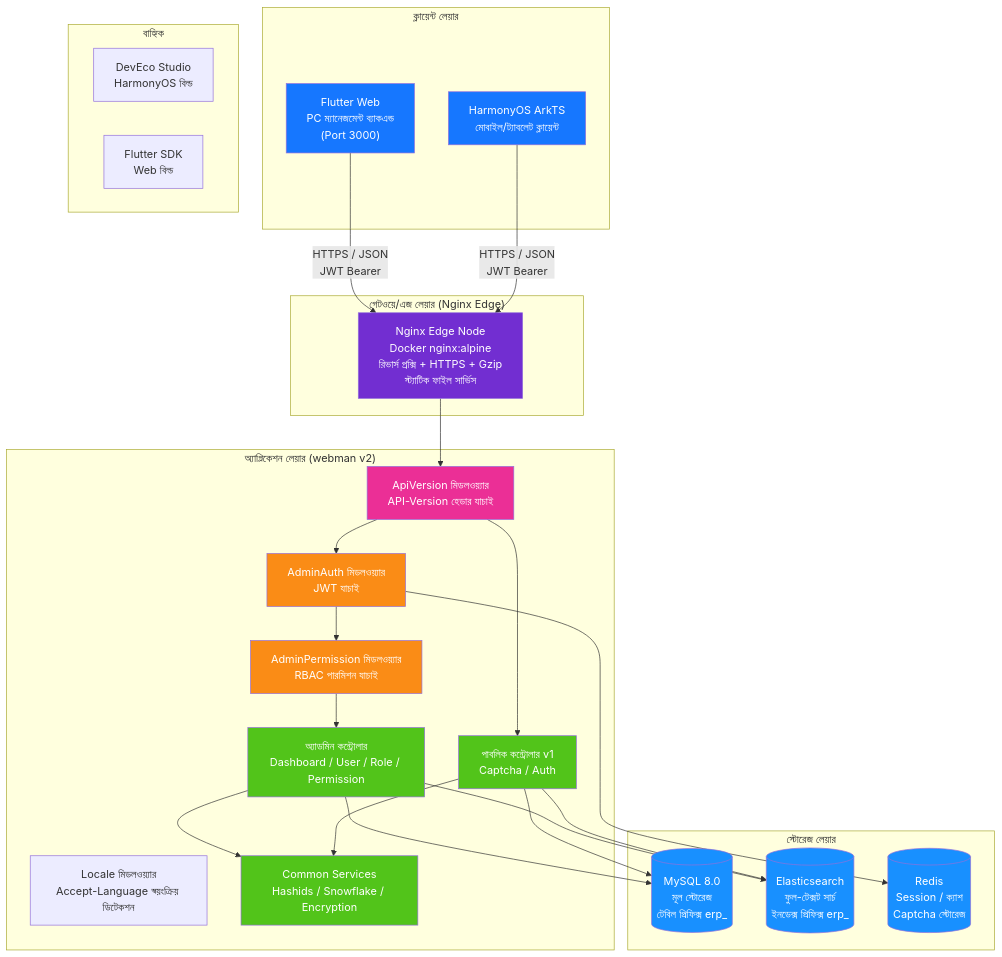
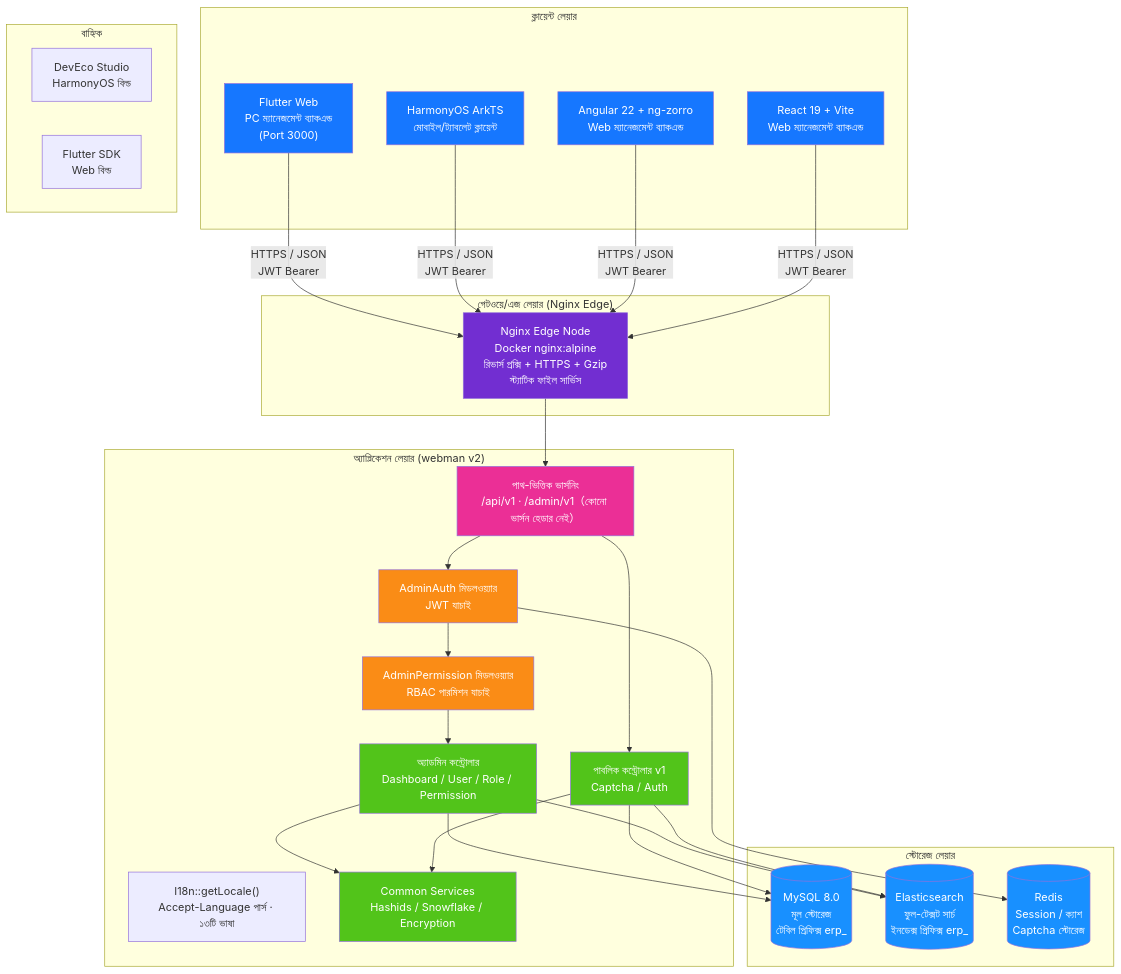
The first of 20 diagrams in docs/i18n/bn/ARCHITECTURE.md (erikwang2013/erp-php), drawn with Mermaid before and after one commit. The commit also changed other lines of this file and 325 other files, not shown here.

````diff
--- a/docs/i18n/bn/ARCHITECTURE.md
+++ b/docs/i18n/bn/ARCHITECTURE.md
@@ -11,60 +11,66 @@
 ```mermaid
 flowchart TB
     subgraph "ক্লায়েন্ট লেয়ার"
         A1["Flutter Web<br/>PC ম্যানেজমেন্ট ব্যাকএন্ড<br/>(Port 3000)"]
         A2["HarmonyOS ArkTS<br/>মোবাইল/ট্যাবলেট ক্লায়েন্ট"]
+        A3["Angular 22 + ng-zorro<br/>Web ম্যানেজমেন্ট ব্যাকএন্ড"]
+        A4["React 19 + Vite<br/>Web ম্যানেজমেন্ট ব্যাকএন্ড"]
     end
 
     subgraph "গেটওয়ে/এজ লেয়ার (Nginx Edge)"
         B1["Nginx Edge Node<br/>Docker nginx:alpine<br/>রিভার্স প্রক্সি + HTTPS + Gzip<br/>স্ট্যাটিক ফাইল সার্ভিস"]
     end
 
     subgraph "অ্যাপ্লিকেশন লেয়ার (webman v2)"
-        C_LOC["Locale মিডলওয়্যার<br/>Accept-Language স্বয়ংক্রিয় ডিটেকশন"]
-        C0["ApiVersion মিডলওয়্যার<br/>API-Version হেডার যাচাই"]
+        C_LOC["I18n::getLocale()<br/>Accept-Language পার্স · ১৩টি ভাষা"]
+        C0["পাথ-ভিত্তিক ভার্সনিং<br/>/api/v1 · /admin/v1（কোনো ভার্সন হেডার নেই）"]
         C1["AdminAuth মিডলওয়্যার<br/>JWT যাচাই"]
         C2["AdminPermission মিডলওয়্যার<br/>RBAC পারমিশন যাচাই"]
         C3["অ্যাডমিন কন্ট্রোলার<br/>Dashboard / User / Role / Permission"]
         C4["পাবলিক কন্ট্রোলার v1<br/>Captcha / Auth"]
         C5["Common Services<br/>Hashids / Snowflake / Encryption"]
     end
 
     subgraph "স্টোরেজ লেয়ার"
         D1[("MySQL 8.0<br/>মূল স্টোরেজ<br/>টেবিল প্রিফিক্স erp_")]
         D2[("Elasticsearch<br/>ফুল-টেক্সট সার্চ<br/>ইনডেক্স প্রিফিক্স erp_")]
         D3[("Redis<br/>Session / ক্যাশ<br/>Captcha স্টোরেজ")]
     end
 
     subgraph "বাহ্যিক"
         E1["DevEco Studio<br/>HarmonyOS বিল্ড"]
         E2["Flutter SDK<br/>Web বিল্ড"]
     end
 
     A1 -->|"HTTPS / JSON<br/>JWT Bearer"| B1
     A2 -->|"HTTPS / JSON<br/>JWT Bearer"| B1
+    A3 -->|"HTTPS / JSON<br/>JWT Bearer"| B1
+    A4 -->|"HTTPS / JSON<br/>JWT Bearer"| B1
     B1 --> C0
     C0 --> C1
     C1 --> C2
     C2 --> C3
     C0 --> C4
     C3 --> C5
     C4 --> C5
     C3 --> D1
     C4 --> D1
     C3 --> D2
     C4 --> D2
     C1 --> D3
 
     style A1 fill:#1677FF,color:#fff
     style A2 fill:#1677FF,color:#fff
+    style A3 fill:#1677FF,color:#fff
+    style A4 fill:#1677FF,color:#fff
     style B1 fill:#722ED1,color:#fff
     style C0 fill:#EB2F96,color:#fff
     style C1 fill:#FA8C16,color:#fff
     style C2 fill:#FA8C16,color:#fff
     style C3 fill:#52C41A,color:#fff
     style C4 fill:#52C41A,color:#fff
     style C5 fill:#52C41A,color:#fff
     style D1 fill:#1890FF,color:#fff
     style D2 fill:#1890FF,color:#fff
     style D3 fill:#1890FF,color:#fff
 ```
````
